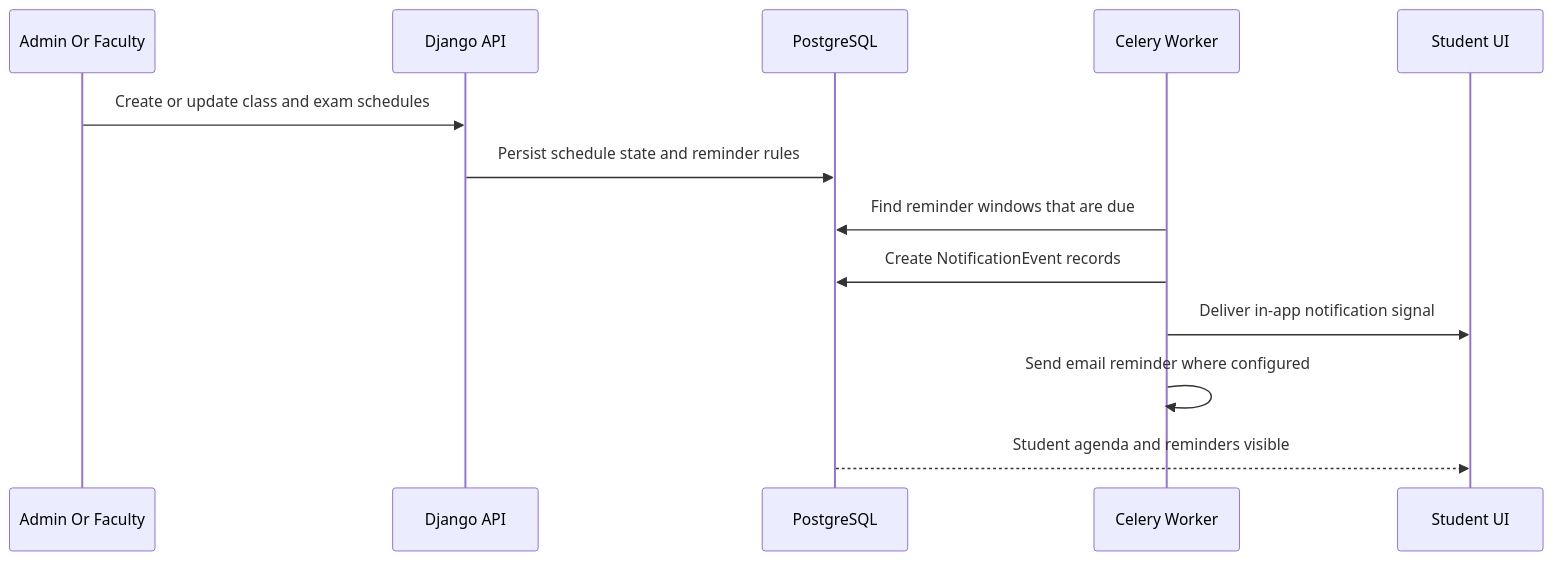
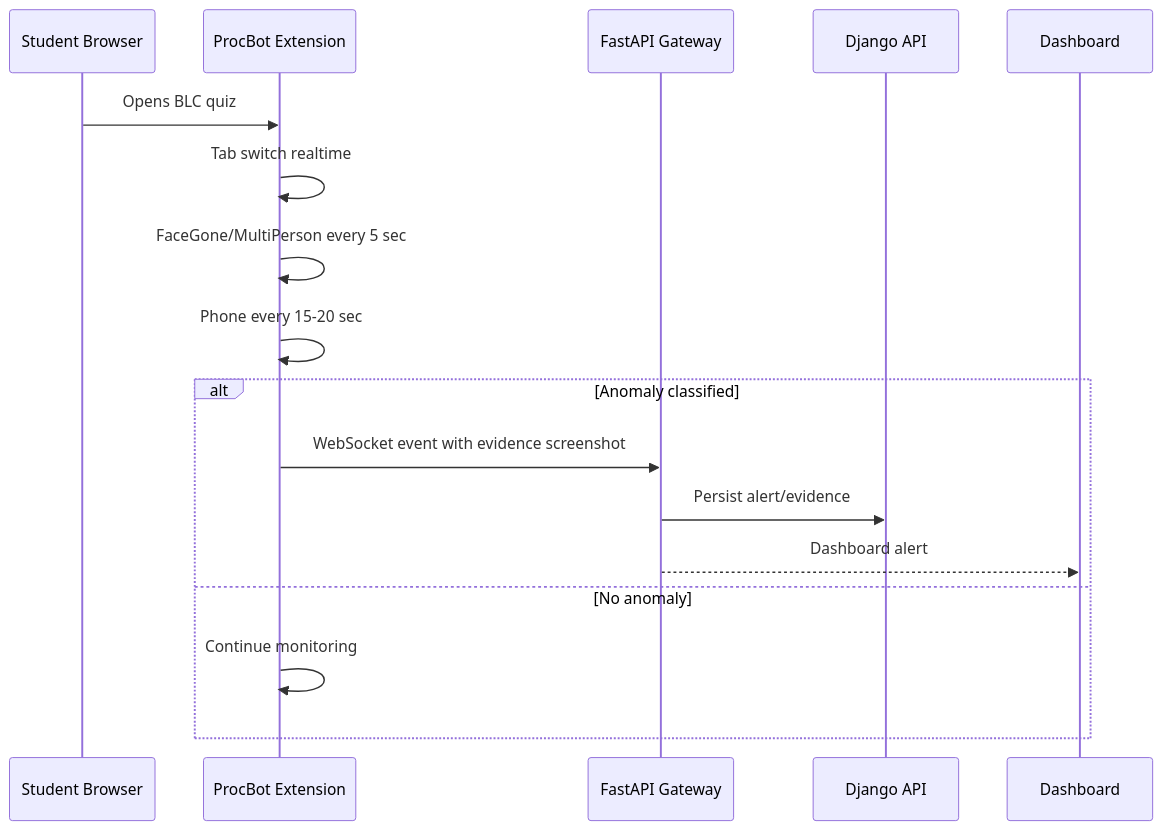
Before and after one commit to Hasib105/sightline: the third of 3 diagrams in docs/product/03-system-architecture.md, drawn with Mermaid. The commit also changed other lines of this file and 22 other files, not shown here.

First line of the commit message:
feat: add student exams page with ProcBot monitoring and exam attempt submission

````diff
--- a/docs/product/03-system-architecture.md
+++ b/docs/product/03-system-architecture.md
@@ -196,16 +78,20 @@
 ```mermaid
 sequenceDiagram
-    participant ADM as Admin Or Faculty
+    participant STU as Student Browser
+    participant EXT as ProcBot Extension
+    participant FAST as FastAPI Gateway
     participant API as Django API
-    participant DB as PostgreSQL
-    participant CEL as Celery Worker
-    participant UI as Student UI
+    participant DASH as Dashboard
 
-    ADM->>API: Create or update class and exam schedules
-    API->>DB: Persist schedule state and reminder rules
-    CEL->>DB: Find reminder windows that are due
-    CEL->>DB: Create NotificationEvent records
-    CEL->>UI: Deliver in-app notification signal
-    CEL->>CEL: Send email reminder where configured
-    DB-->>UI: Student agenda and reminders visible
+    STU->>EXT: Opens BLC quiz
+    EXT->>EXT: Tab switch realtime
+    EXT->>EXT: FaceGone/MultiPerson every 5 sec
+    EXT->>EXT: Phone every 15-20 sec
+    alt Anomaly classified
+        EXT->>FAST: WebSocket event with evidence screenshot
+        FAST->>API: Persist alert/evidence
+        FAST-->>DASH: Dashboard alert
+    else No anomaly
+        EXT->>EXT: Continue monitoring
+    end
 ```
````
